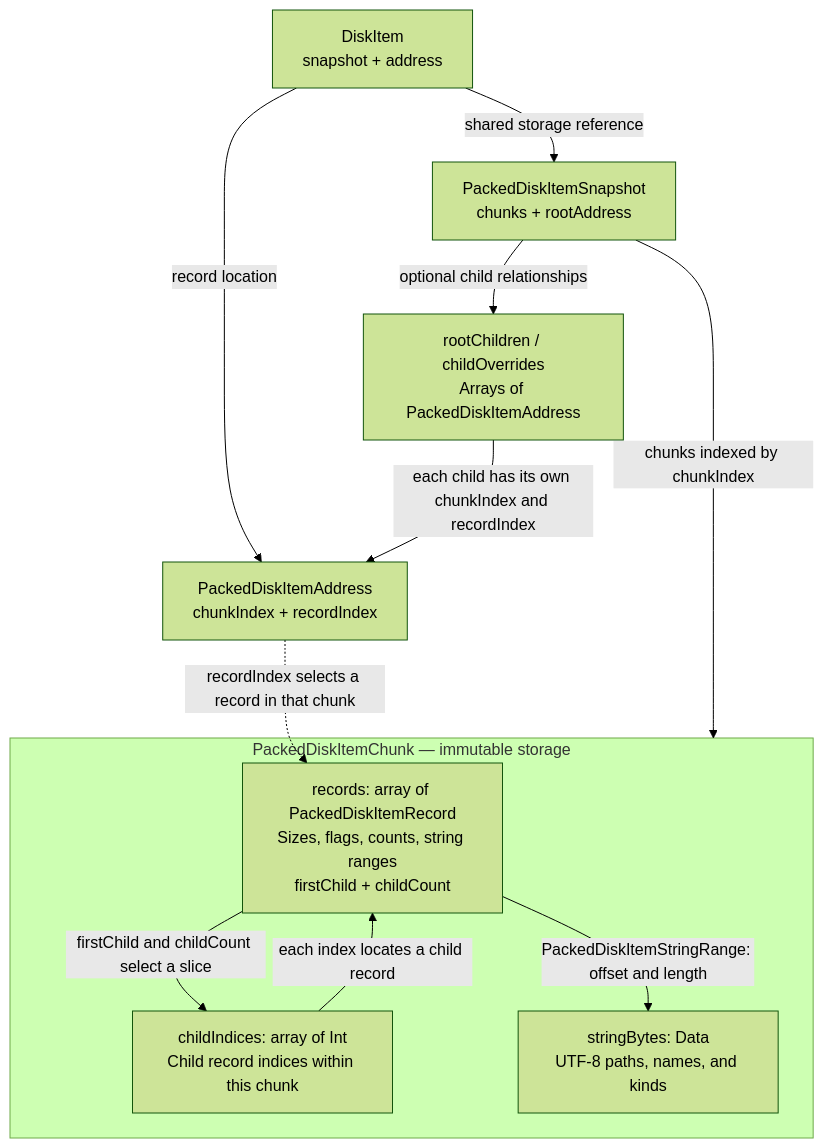
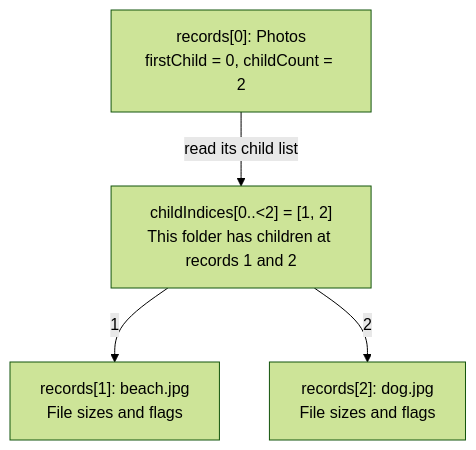
One commit to utilitybeltsoft/Disk-Hog changed the third of 3 diagrams in ARCHITECTURE.md. Above: the diagram before and after it, drawn with Mermaid (forest theme). The commit also changed other lines of this file, not shown here.

Commit message:
Simplify storage diagrams with a concrete folder example

````diff
--- a/ARCHITECTURE.md
+++ b/ARCHITECTURE.md
@@ -164,23 +175,10 @@
 ```mermaid
 flowchart TD
-    item["DiskItem<br/>snapshot + address"]
-    address["PackedDiskItemAddress<br/>chunkIndex + recordIndex"]
-    snapshot["PackedDiskItemSnapshot<br/>chunks + rootAddress"]
-    links["rootChildren / childOverrides<br/>Arrays of PackedDiskItemAddress"]
-
-    subgraph chunk["PackedDiskItemChunk — immutable storage"]
-        records["records: array of PackedDiskItemRecord<br/>Sizes, flags, counts, string ranges<br/>firstChild + childCount"]
-        children["childIndices: array of Int<br/>Child record indices within this chunk"]
-        strings["stringBytes: Data<br/>UTF-8 paths, names, and kinds"]
-        records -->|firstChild and childCount select a slice| children
-        children -->|each index locates a child record| records
-        records -->|PackedDiskItemStringRange: offset and length| strings
-    end
-
-    item -->|shared storage reference| snapshot
-    item -->|record location| address
-    snapshot -->|chunks indexed by chunkIndex| chunk
-    address -.->|recordIndex selects a record in that chunk| records
-    snapshot -->|optional child relationships| links
-    links -->|each child has its own chunkIndex and recordIndex| address
+    folder["records[0]: Photos<br/>firstChild = 0, childCount = 2"]
+    children["childIndices[0..&lt;2] = [1, 2]<br/>This folder has children at records 1 and 2"]
+    beach["records[1]: beach.jpg<br/>File sizes and flags"]
+    dog["records[2]: dog.jpg<br/>File sizes and flags"]
+    folder -->|read its child list| children
+    children -->|1| beach
+    children -->|2| dog
 ```
````
